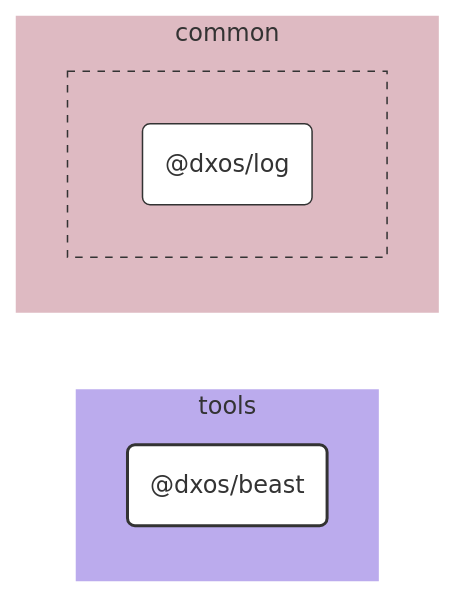
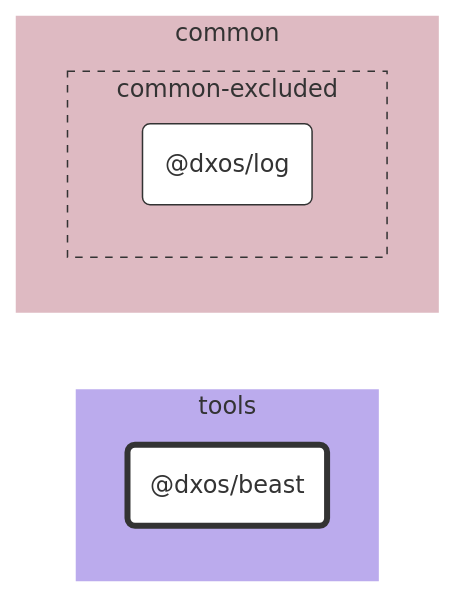
Before and after one commit to dxos/dxos: the diagram in tools/beast/docs/README.md, drawn with Mermaid. The commit also changed 683 other files, not shown here.

````diff
--- a/tools/beast/docs/README.md
+++ b/tools/beast/docs/README.md
@@ -7,38 +7,30 @@
 ```mermaid
 %%{ init: {'flowchart':{'curve':'basis'}} }%%
 
 flowchart LR
 
-%% Links
+%% Classes
+classDef def fill:#fff,stroke:#333,stroke-width:1px
+classDef root fill:#fff,stroke:#333,stroke-width:4px
 
-%% Sections
-subgraph tools
-  style tools fill:#bbabed,stroke:#fff;
+%% Nodes
 
-  dxos/beast("@dxos/beast")
+subgraph tools [tools]
+  style tools fill:#bbabed,stroke:#fff
+  dxos/beast("@dxos/beast"):::root
+  click dxos/beast "dxos/dxos/tree/main/tools/beast/docs"
 end
 
-subgraph common
-  style common fill:#debac2,stroke:#fff;
+subgraph common [common]
+  style common fill:#debac2,stroke:#fff
 
-
-  subgraph common-excluded [ ]
-    style common-excluded fill:#debac2,stroke:#333,stroke-dasharray:5 5;
-
-    dxos/log("@dxos/log")
+  subgraph common-excluded [common-excluded]
+    style common-excluded fill:#debac2,stroke:#333,stroke-dasharray:5 5
+    dxos/log("@dxos/log"):::def
+    click dxos/log "dxos/dxos/tree/main/packages/common/log/docs"
   end
 end
 
-
-%% Hyperlinks
-click dxos/log "dxos/dxos/tree/main/packages/common/log/docs";
-
-%% Styles
-classDef rootNode fill:#fff,stroke:#333,stroke-width:2px
-classDef defaultNode fill:#fff,stroke:#333,stroke-width:1px
+%% Links
 linkStyle default stroke:#333,stroke-width:1px
-
-dxos/beast:::rootNode
-
-dxos/log:::defaultNode
 ```
````
